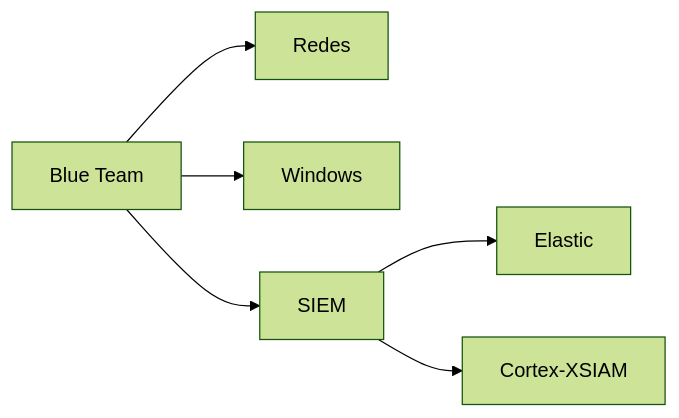
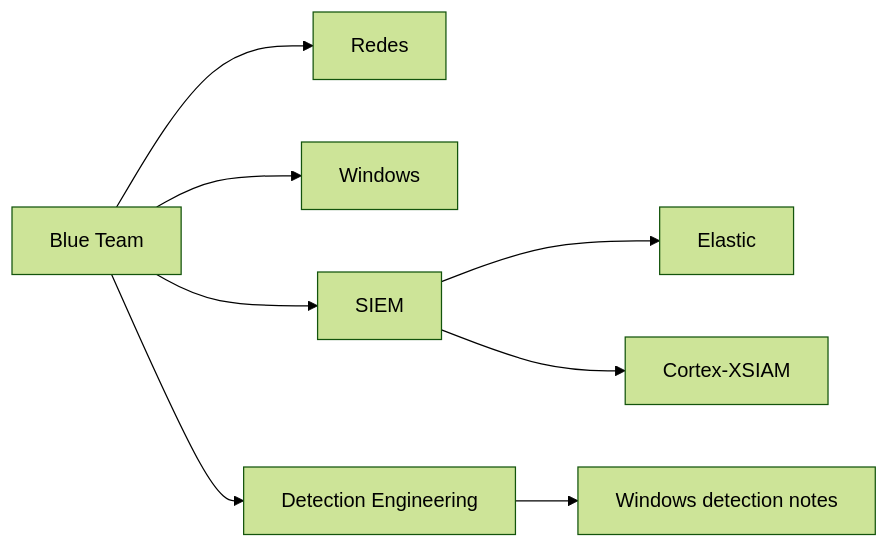
One commit to Serch1102/nucleo-tecnico changed the diagram in Blue-Team/Blue-Team.md. Above: the diagram before and after it, drawn with Mermaid (forest theme). The commit also changed other lines of this file and 9 other files, not shown here.

Commit message:
docs: add Windows detection notes for .NET injection and LSASS access

````diff
--- a/Blue-Team/Blue-Team.md
+++ b/Blue-Team/Blue-Team.md
@@ -15,8 +16,10 @@
 ```mermaid
 flowchart LR
   BT["Blue Team"] --> Redes["Redes"]
   BT --> Windows["Windows"]
   BT --> SIEM["SIEM"]
+  BT --> DE["Detection Engineering"]
   SIEM --> Elastic["Elastic"]
   SIEM --> XSIAM["Cortex-XSIAM"]
+  DE --> WindowsDE["Windows detection notes"]
 ```
````
